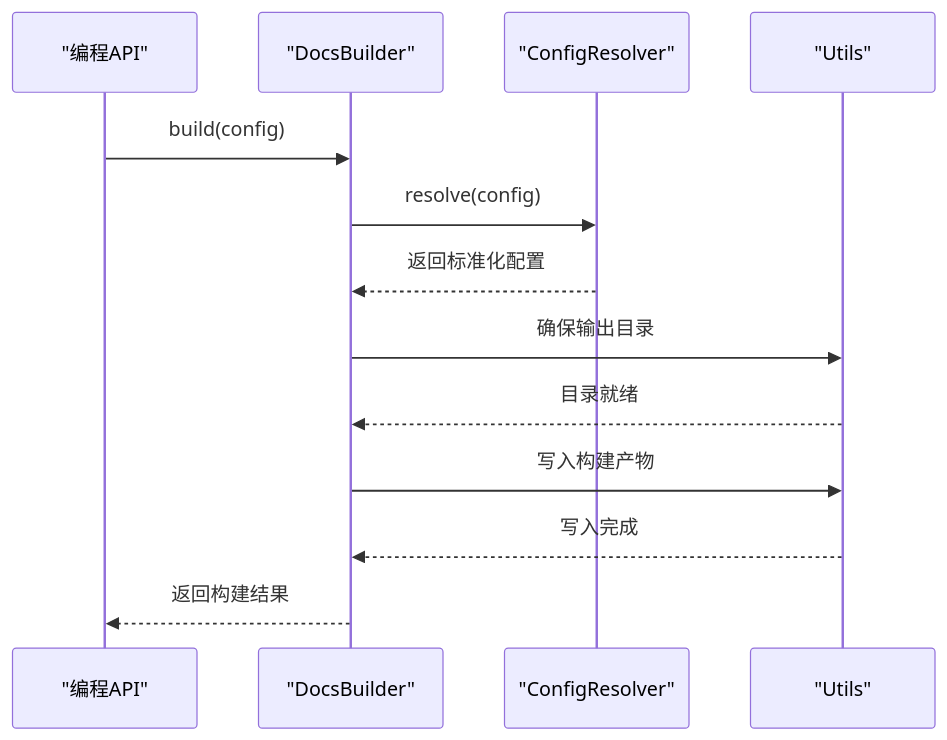
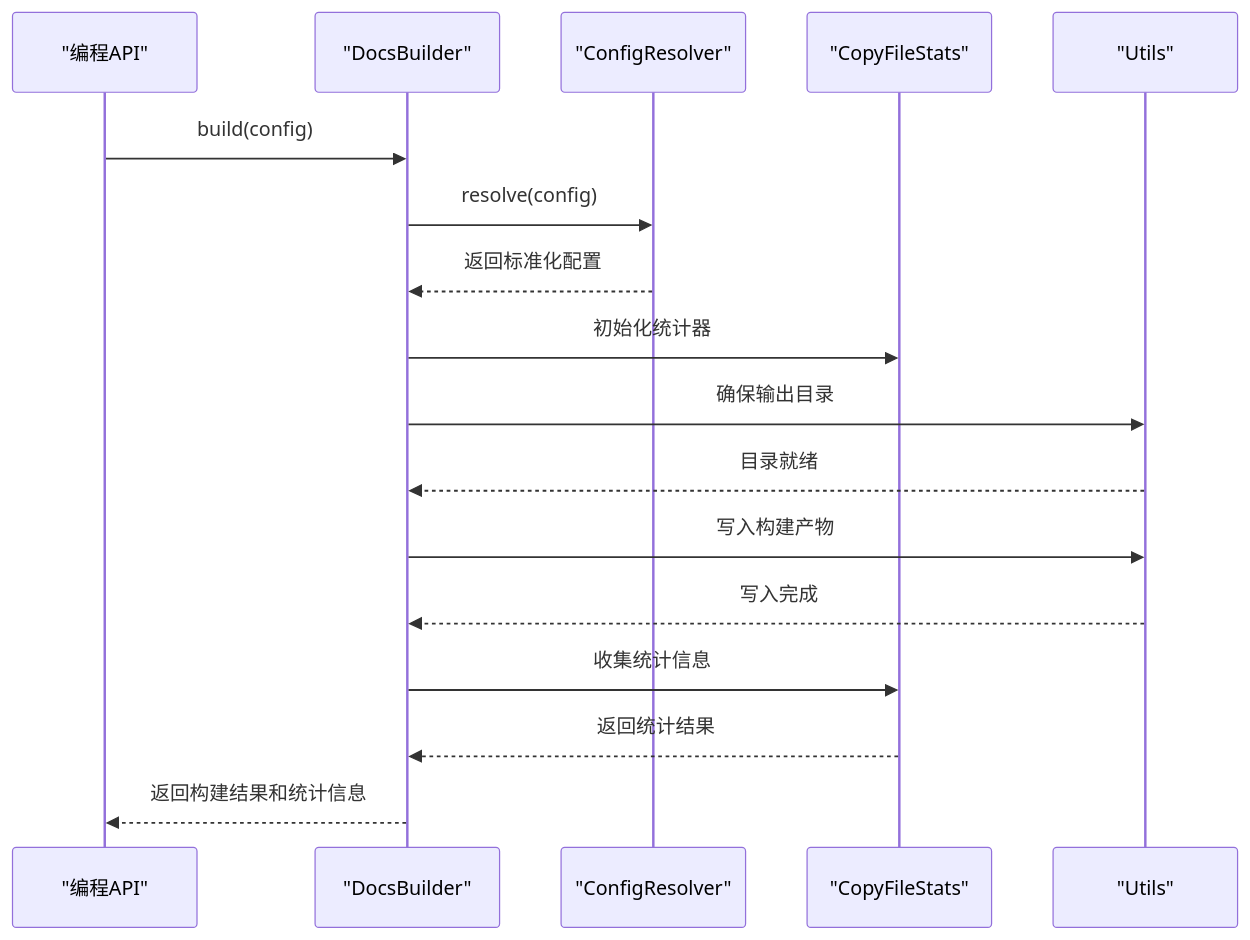
One commit to hz-9/tool-nx changed the fourth of 5 diagrams in .qoder/repowiki/zh/content/API参考/文档构建工具API/文档构建工具API.md. Above: the diagram before and after it, drawn with Mermaid. The commit also changed other lines of this file and 27 other files, not shown here.

````diff
--- a/.qoder/repowiki/zh/content/API参考/文档构建工具API/文档构建工具API.md
+++ b/.qoder/repowiki/zh/content/API参考/文档构建工具API/文档构建工具API.md
@@ -284,15 +339,19 @@
 ```mermaid
 sequenceDiagram
 participant API as "编程API"
 participant Builder as "DocsBuilder"
 participant Resolver as "ConfigResolver"
+participant Stats as "CopyFileStats"
 participant Utils as "Utils"
 API->>Builder : build(config)
 Builder->>Resolver : resolve(config)
 Resolver-->>Builder : 返回标准化配置
+Builder->>Stats : 初始化统计器
 Builder->>Utils : 确保输出目录
 Utils-->>Builder : 目录就绪
 Builder->>Utils : 写入构建产物
 Utils-->>Builder : 写入完成
-Builder-->>API : 返回构建结果
+Builder->>Stats : 收集统计信息
+Stats-->>Builder : 返回统计结果
+Builder-->>API : 返回构建结果和统计信息
 ```
````
